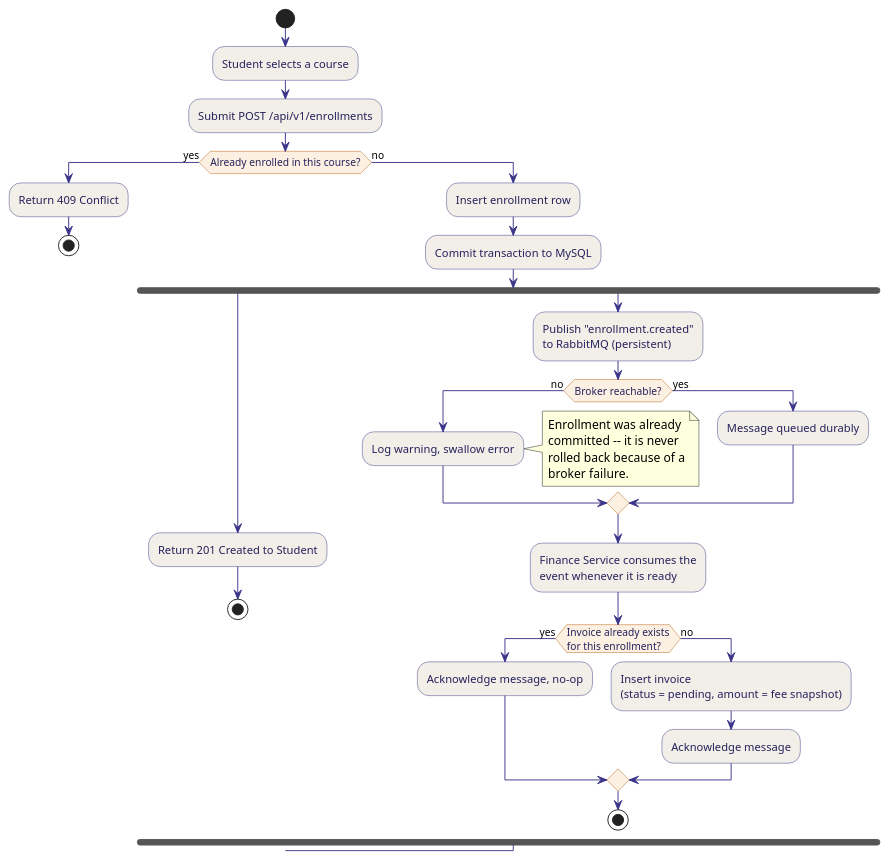
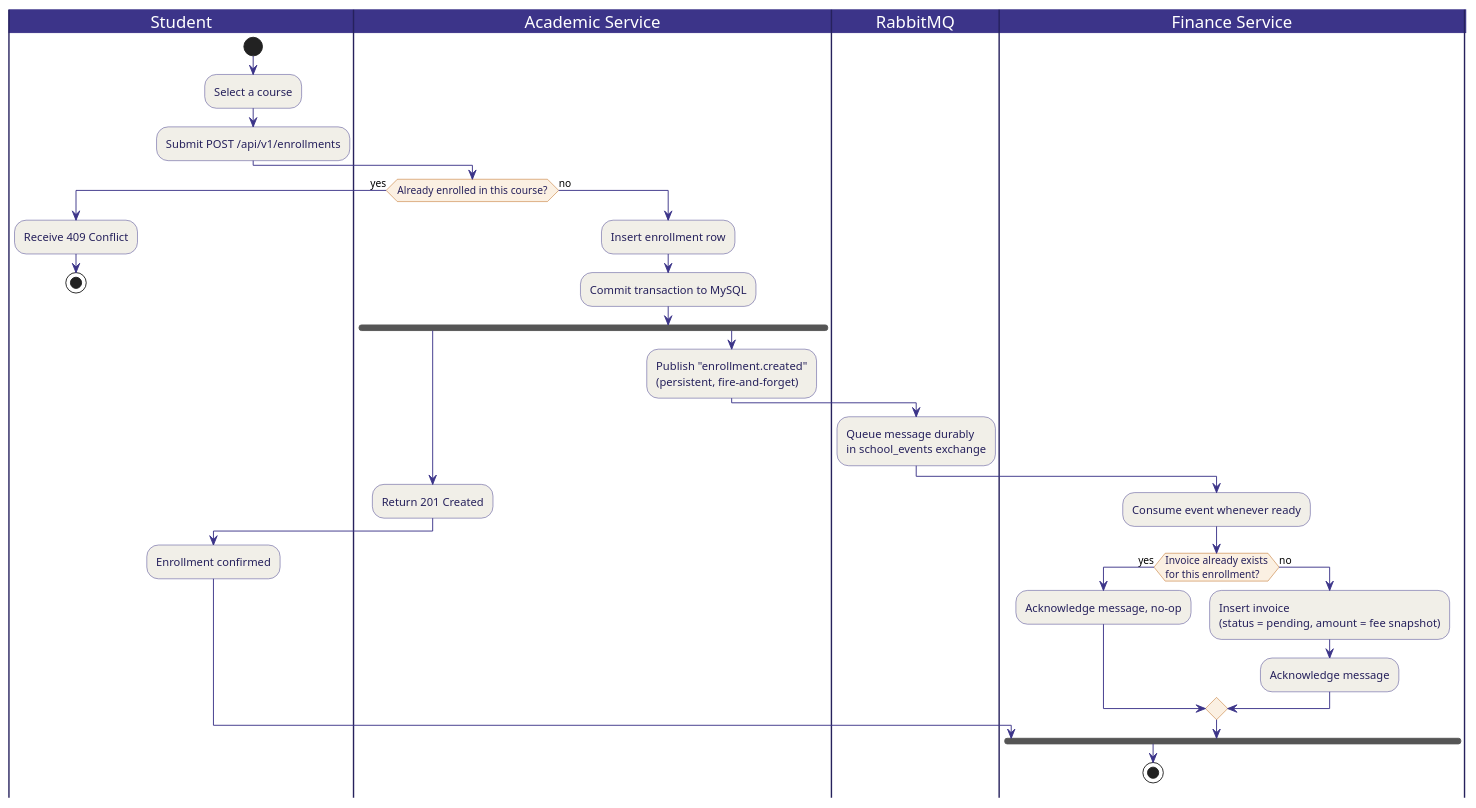
Before and after one commit to Suraku237/MarketFlow: the diagram in documentation/figures/smartschool/06_activity_enrollment.puml, drawn with PlantUML. The commit also changed 18 other files, not shown here.

Commit message:
fixing the diagrams and arranging the documentation -----------

```diff
--- a/documentation/figures/smartschool/06_activity_enrollment.puml
+++ b/documentation/figures/smartschool/06_activity_enrollment.puml
@@ -1,53 +1,56 @@
 @startuml 06_activity_enrollment
 skinparam backgroundColor white
 skinparam shadowing false
 skinparam defaultFontName Helvetica
 skinparam activity {
   BackgroundColor #F1EFE8
   BorderColor #3C3489
   ArrowColor #3C3489
   FontColor #26215C
   DiamondBackgroundColor #FBF0E2
   DiamondBorderColor #B75E09
 }
+skinparam swimlane {
+  BorderColor #26215C
+  TitleBackgroundColor #3C3489
+  TitleFontColor white
+}
 
+|Student|
 start
-:Student selects a course;
+:Select a course;
 :Submit POST /api/v1/enrollments;
 
+|Academic Service|
 if (Already enrolled in this course?) then (yes)
-  :Return 409 Conflict;
+  |Student|
+  :Receive 409 Conflict;
   stop
 else (no)
+  |Academic Service|
   :Insert enrollment row;
   :Commit transaction to MySQL;
 
   fork
-    :Return 201 Created to Student;
-    stop
+    :Return 201 Created;
+    |Student|
+    :Enrollment confirmed;
   fork again
-    :Publish "enrollment.created"\nto RabbitMQ (persistent);
-    if (Broker reachable?) then (no)
-      :Log warning, swallow error;
-      note right
-        Enrollment was already
-        committed -- it is never
-        rolled back because of a
-        broker failure.
-      end note
-    else (yes)
-      :Message queued durably;
-    endif
+    |Academic Service|
+    :Publish "enrollment.created"\n(persistent, fire-and-forget);
 
-    :Finance Service consumes the\nevent whenever it is ready;
+    |RabbitMQ|
+    :Queue message durably\nin school_events exchange;
 
+    |Finance Service|
+    :Consume event whenever ready;
     if (Invoice already exists\nfor this enrollment?) then (yes)
       :Acknowledge message, no-op;
     else (no)
       :Insert invoice\n(status = pending, amount = fee snapshot);
       :Acknowledge message;
     endif
-    stop
   end fork
+  stop
 endif
 @enduml
```
